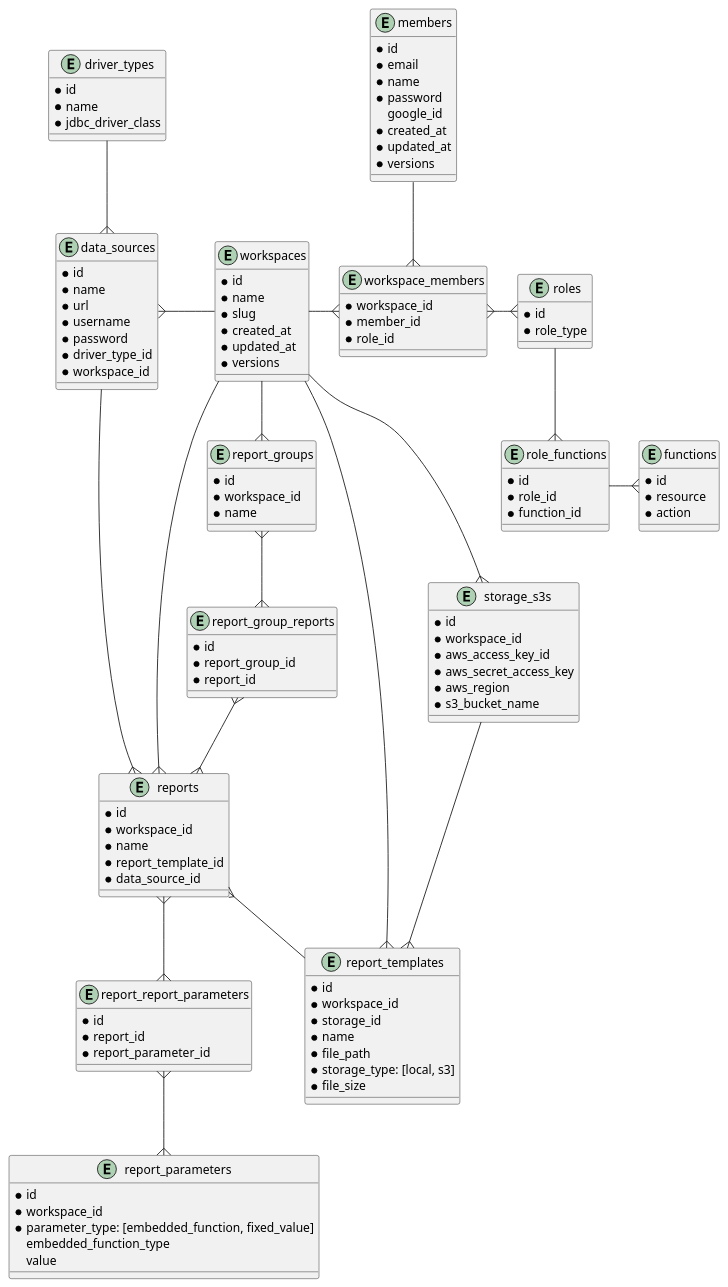
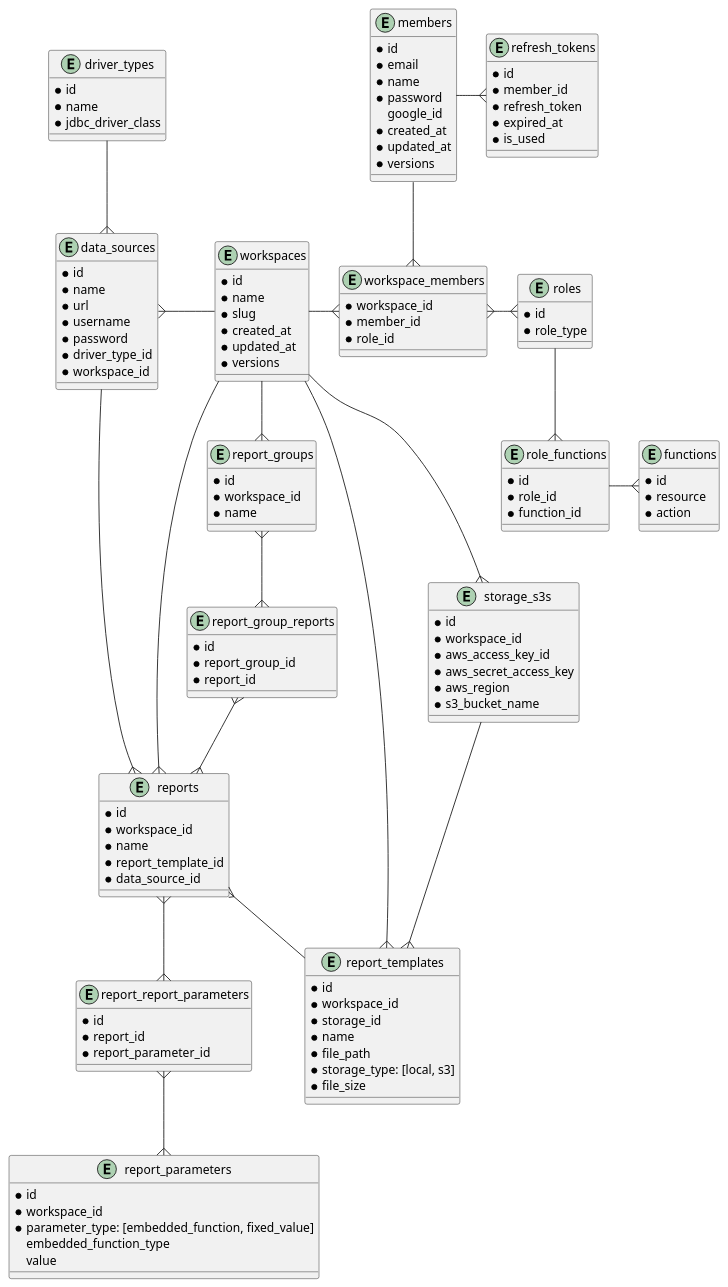
Before and after one commit to ijufumi/openreports-api: the diagram in docs/db/diagram.puml, drawn with PlantUML.

Commit message:
feat: design of refresh_tokens table

```diff
--- a/docs/db/diagram.puml
+++ b/docs/db/diagram.puml
@@ -1,134 +1,143 @@
 @startuml
 
 entity members {
   * id
   * email
   * name
   * password
     google_id
   * created_at
   * updated_at
   * versions
 }
 
 entity workspaces {
   * id
   * name
   * slug
   * created_at
   * updated_at
   * versions
 }
 
 entity workspace_members {
   * workspace_id
   * member_id
   * role_id
 }
 
 entity roles {
   * id
   * role_type
 }
 
 entity functions {
   * id
   * resource
   * action
 }
 
 entity role_functions {
   * id
   * role_id
   * function_id
 }
 
 entity data_sources {
   * id
   * name
   * url
   * username
   * password
   * driver_type_id
   * workspace_id
 }
 
 entity driver_types {
   * id
   * name
   * jdbc_driver_class
 }
 
 entity reports {
   * id
   * workspace_id
   * name
   * report_template_id
   * data_source_id
 }
 
 entity report_templates {
   * id
   * workspace_id
   * storage_id
   * name
   * file_path
   * storage_type: [local, s3]
   * file_size
 }
 
 entity report_parameters {
   * id
   * workspace_id
   * parameter_type: [embedded_function, fixed_value]
     embedded_function_type
     value
 }
 
 entity report_report_parameters {
   * id
   * report_id
   * report_parameter_id
 }
 
 entity report_groups {
   * id
   * workspace_id
   * name
 }
 
 entity report_group_reports {
   * id
   * report_group_id
   * report_id
 }
 
 entity storage_s3s {
   * id
   * workspace_id
   * aws_access_key_id
   * aws_secret_access_key
   * aws_region
   * s3_bucket_name
 }
 
+entity refresh_tokens {
+  * id
+  * member_id
+  * refresh_token
+  * expired_at
+  * is_used
+}
+
 workspaces --r{ workspace_members
 workspace_members }--u members
 workspace_members }--r{ roles
 roles --{ role_functions
 role_functions --r{ functions
 workspaces --l{ data_sources
 workspaces --{ reports
 workspaces --{ report_templates
 workspaces --{ report_groups
 reports }-- report_templates
 report_groups }--{ report_group_reports
 report_group_reports }--{ reports
 reports }--{ report_report_parameters
 report_report_parameters }--{ report_parameters
 driver_types --{ data_sources
 data_sources --{ reports
 workspaces --r{ storage_s3s
 storage_s3s --{ report_templates
+members --r{ refresh_tokens
 
 @enduml
```
